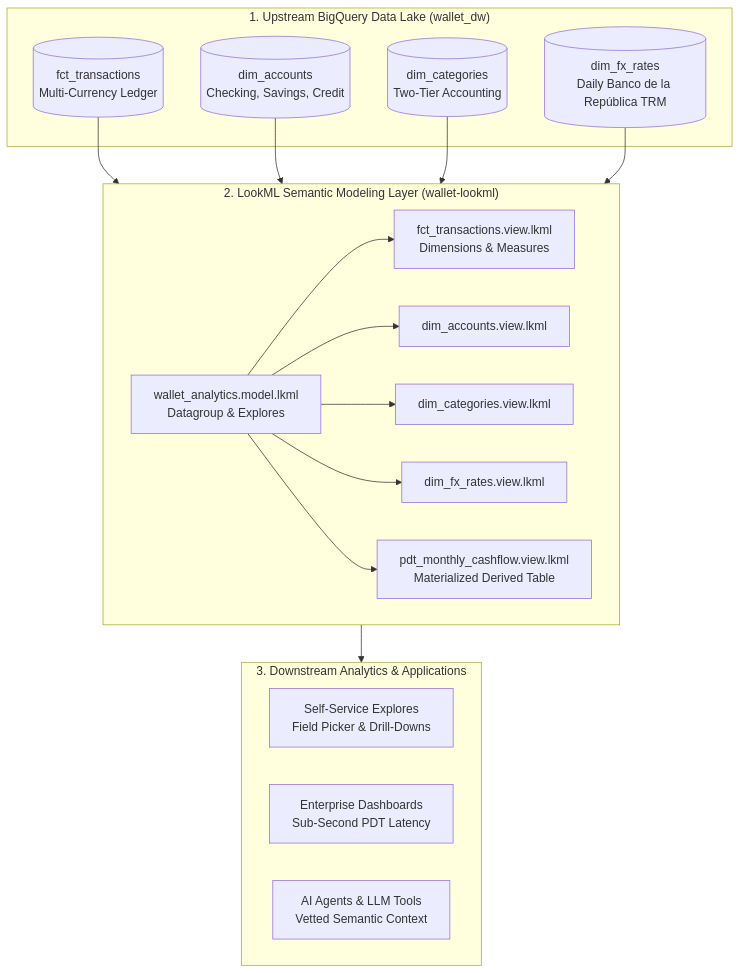
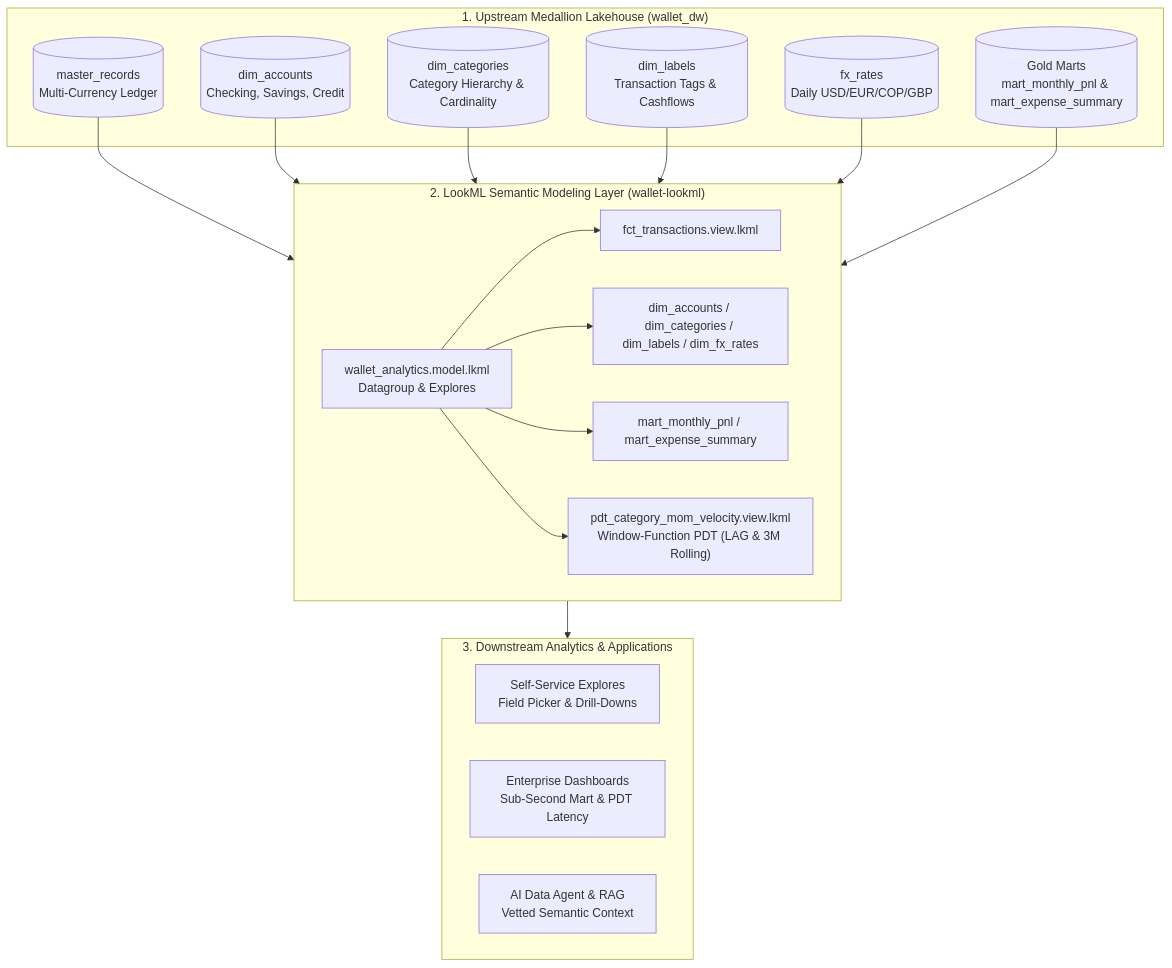
Before and after one commit to carlosgilroa/wallet-lookml: the diagram in README.md, drawn with Mermaid. The commit also changed other lines of this file and 11 other files, not shown here.

Commit message:
feat(lookml): align base views with silver dimensions, add gold mart views and MoM velocity PDT with DuckDB EXPLAIN check

````diff
--- a/README.md
+++ b/README.md
@@ -30,28 +30,29 @@
 ```mermaid
 flowchart TD
-    subgraph DataLake ["1. Upstream BigQuery Data Lake (wallet_dw)"]
-        FCT[("fct_transactions<br/>Multi-Currency Ledger")]
+    subgraph DataLake ["1. Upstream Medallion Lakehouse (wallet_dw)"]
+        FCT[("master_records<br/>Multi-Currency Ledger")]
         ACC[("dim_accounts<br/>Checking, Savings, Credit")]
-        CAT[("dim_categories<br/>Two-Tier Accounting")]
-        FX[("dim_fx_rates<br/>Daily Banco de la República TRM")]
+        CAT[("dim_categories<br/>Category Hierarchy & Cardinality")]
+        LBL[("dim_labels<br/>Transaction Tags & Cashflows")]
+        FX[("fx_rates<br/>Daily USD/EUR/COP/GBP")]
+        MARTS[("Gold Marts<br/>mart_monthly_pnl & mart_expense_summary")]
     end
 
     subgraph SemanticLayer ["2. LookML Semantic Modeling Layer (wallet-lookml)"]
         MOD["wallet_analytics.model.lkml<br/>Datagroup & Explores"]
-        V_FCT["fct_transactions.view.lkml<br/>Dimensions & Measures"]
-        V_ACC["dim_accounts.view.lkml"]
-        V_CAT["dim_categories.view.lkml"]
-        V_FX["dim_fx_rates.view.lkml"]
-        PDT["pdt_monthly_cashflow.view.lkml<br/>Materialized Derived Table"]
+        V_FCT["fct_transactions.view.lkml"]
+        V_DIMS["dim_accounts / dim_categories / dim_labels / dim_fx_rates"]
+        V_MARTS["mart_monthly_pnl / mart_expense_summary"]
+        PDT["pdt_category_mom_velocity.view.lkml<br/>Window-Function PDT (LAG & 3M Rolling)"]
     end
 
     subgraph Operations ["3. Downstream Analytics & Applications"]
         EXPLORE["Self-Service Explores<br/>Field Picker & Drill-Downs"]
-        DASH["Enterprise Dashboards<br/>Sub-Second PDT Latency"]
-        AI["AI Agents & LLM Tools<br/>Vetted Semantic Context"]
+        DASH["Enterprise Dashboards<br/>Sub-Second Mart & PDT Latency"]
+        AI["AI Data Agent & RAG<br/>Vetted Semantic Context"]
     end
 
-    FCT & ACC & CAT & FX --> SemanticLayer
-    MOD --> V_FCT & V_ACC & V_CAT & V_FX & PDT
+    FCT & ACC & CAT & LBL & FX & MARTS --> SemanticLayer
+    MOD --> V_FCT & V_DIMS & V_MARTS & PDT
     SemanticLayer --> Operations
 ```
````
